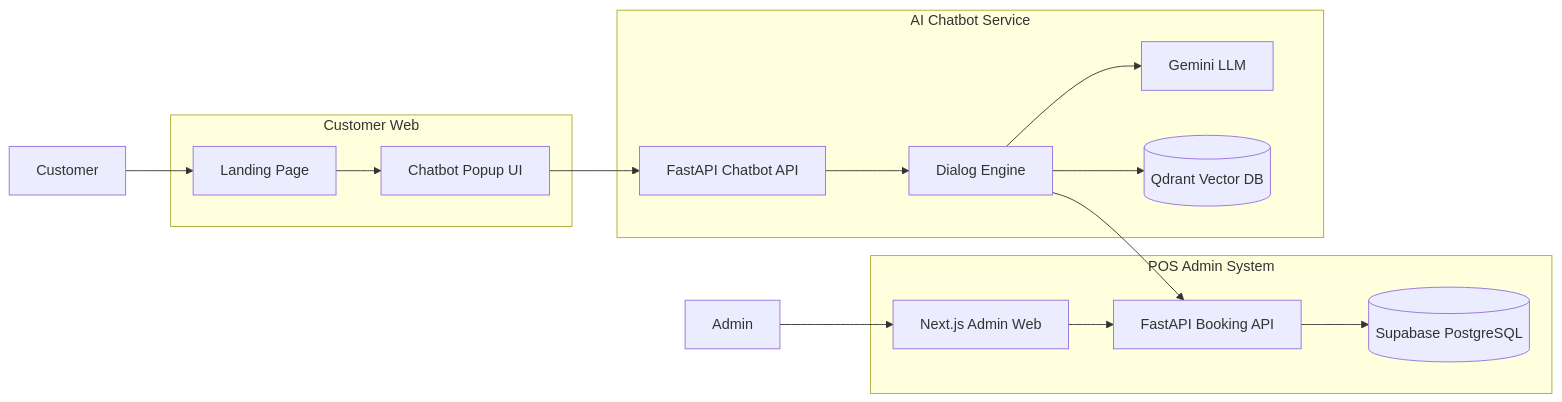
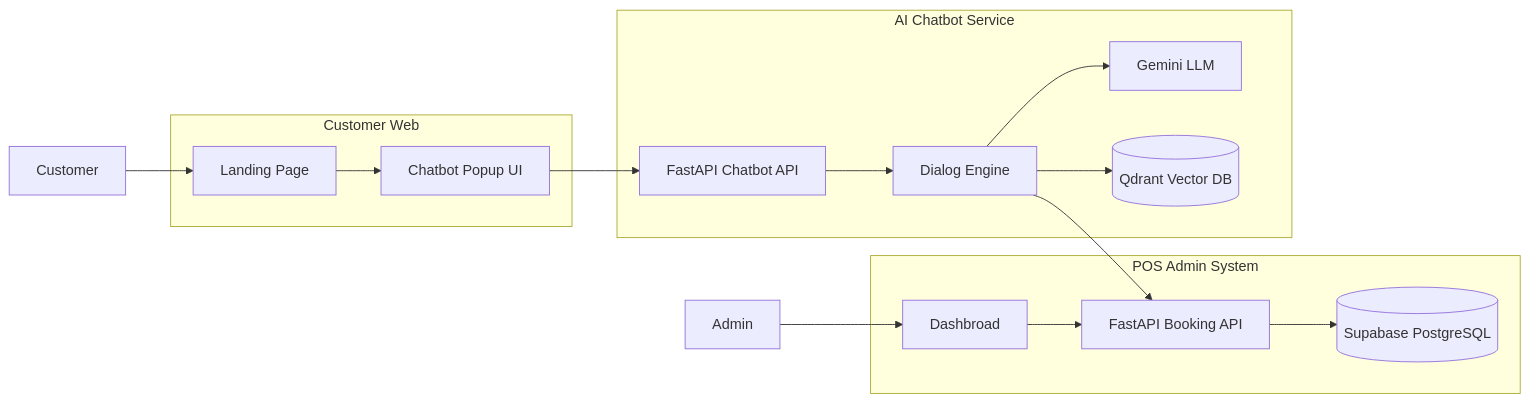
One commit to duy-debug/booking-AI-system changed the diagram in README.md. Above: the diagram before and after it, drawn with Mermaid. The commit also changed 1 other file, not shown here.

Commit message:
feat: update flowchart in README for improved chatbot architecture representation

````diff
--- a/README.md
+++ b/README.md
@@ -52,36 +52,36 @@
 ```mermaid
 flowchart LR
     Admin[Admin]
     Customer[Customer]
 
     subgraph Admin_System[POS Admin System]
-        AdminFE[Next.js Admin Web]
+        AdminFE[Dashbroad]
         POS[FastAPI Booking API]
         DB[(Supabase PostgreSQL)]
     end
 
     subgraph Customer_Web[Customer Web]
         Landing[Landing Page]
         ChatPopup[Chatbot Popup UI]
     end
 
     subgraph AI_Service[AI Chatbot Service]
         ChatAPI[FastAPI Chatbot API]
         Dialog[Dialog Engine]
         Gemini[Gemini LLM]
         Qdrant[(Qdrant Vector DB)]
     end
 
     Admin --> AdminFE
     AdminFE --> POS
     POS --> DB
 
     Customer --> Landing
     Landing --> ChatPopup
     ChatPopup --> ChatAPI
 
     ChatAPI --> Dialog
     Dialog --> Gemini
     Dialog --> Qdrant
     Dialog --> POS
 ```
````
